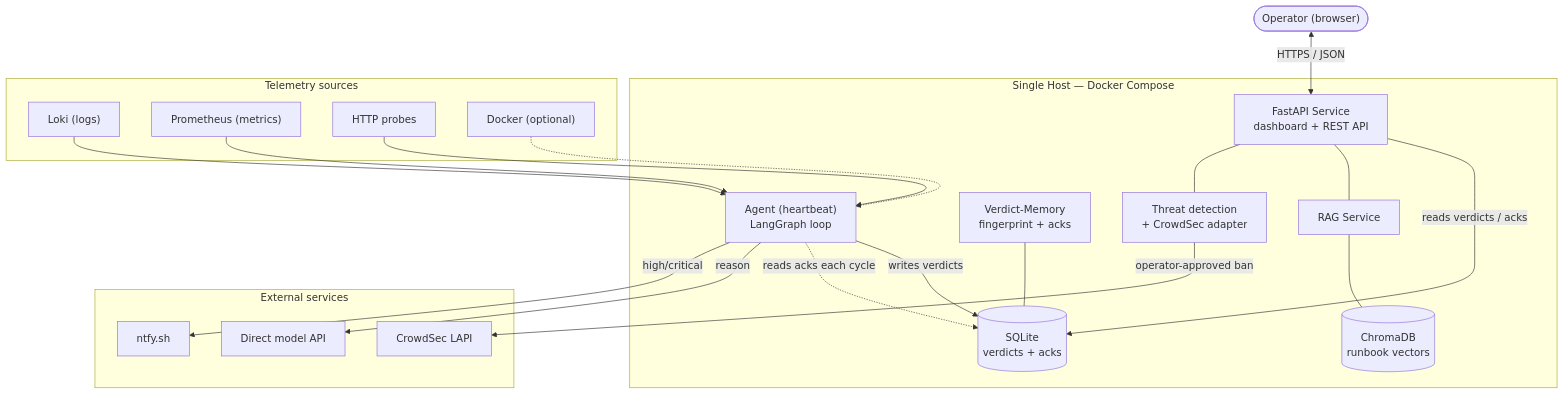
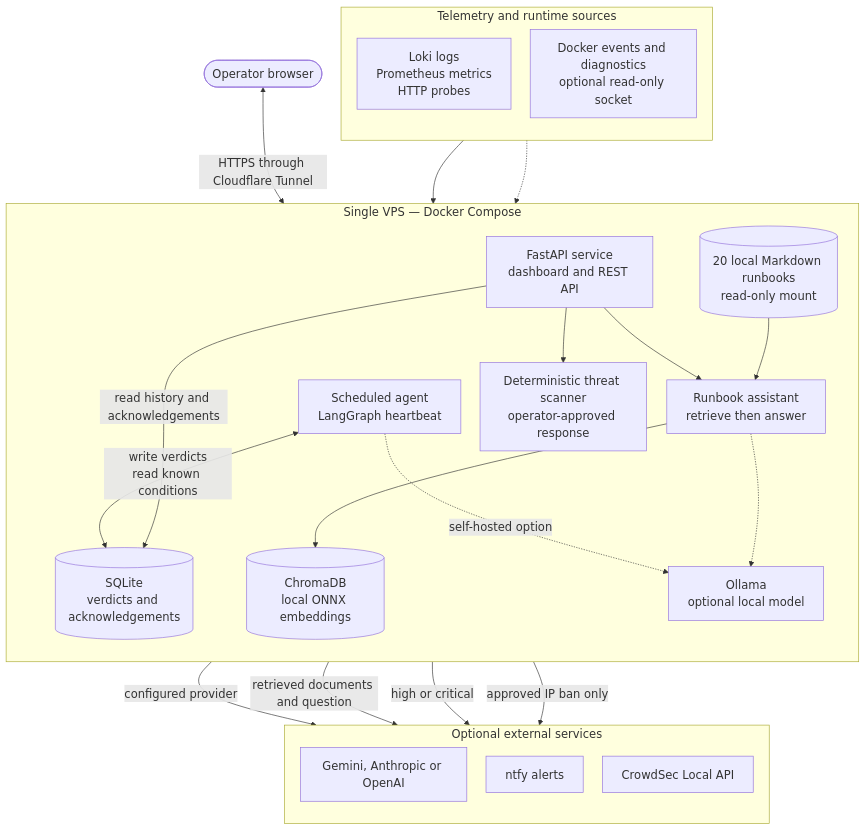
One commit to sagesta/infraguad_ai changed the diagram in docs/masters_project/figures/mermaid/fig_3_1_architecture.mmd. Above: the diagram before and after it, drawn with Mermaid. The commit also changed 171 other files, not shown here.

```diff
--- a/docs/masters_project/figures/mermaid/fig_3_1_architecture.mmd
+++ b/docs/masters_project/figures/mermaid/fig_3_1_architecture.mmd
@@ -1,40 +1,51 @@
+%%{init: {"flowchart": {"defaultRenderer": "dagre", "nodeSpacing": 30, "rankSpacing": 45}, "themeVariables": {"fontSize": "18px"}}}%%
 %% Figure 3.1 — High-Level System Architecture
-%% Appears in: Chapter 3, Section 3.3.4 (High-Level Architecture)
+%% Appears in: Chapter 3, High-Level Architecture
 %% Render to: ../fig_3_1_architecture.png
 flowchart TB
-  OP(["Operator (browser)"])
-  subgraph HOST["Single Host — Docker Compose"]
-    AGENT["Agent (heartbeat)<br/>LangGraph loop"]
-    API["FastAPI Service<br/>dashboard + REST API"]
-    MEM["Verdict-Memory<br/>fingerprint + acks"]
-    SQLITE[("SQLite<br/>verdicts + acks")]
-    RAG["RAG Service"]
-    CHROMA[("ChromaDB<br/>runbook vectors")]
-    THREAT["Threat detection<br/>+ CrowdSec adapter"]
+  OP(["Operator browser"])
+
+  subgraph HOST["Single VPS — Docker Compose"]
+    direction TB
+    API["FastAPI service<br/>dashboard and REST API"]
+    AGENT["Scheduled agent<br/>LangGraph heartbeat"]
+    STORE[("SQLite<br/>verdicts and acknowledgements")]
+    RAG["Runbook assistant<br/>retrieve then answer"]
+    BOOKS[("20 local Markdown runbooks<br/>read-only mount")]
+    VECTORS[("ChromaDB<br/>local ONNX embeddings")]
+    THREAT["Deterministic threat scanner<br/>operator-approved response"]
+    OLLAMA["Ollama<br/>optional local model"]
   end
-  subgraph TELE["Telemetry sources"]
-    LOKI["Loki (logs)"]
-    PROM["Prometheus (metrics)"]
-    PROBE["HTTP probes"]
-    DOCKER["Docker (optional)"]
+
+  subgraph TELEMETRY["Telemetry and runtime sources"]
+    direction TB
+    SIGNALS["Loki logs<br/>Prometheus metrics<br/>HTTP probes"]
+    DOCKER["Docker events and diagnostics<br/>optional read-only socket"]
   end
-  subgraph EXT["External services"]
-    MODEL["Direct model API"]
-    NTFY["ntfy.sh"]
-    CROWDSEC["CrowdSec LAPI"]
+
+  subgraph EXTERNAL["Optional external services"]
+    direction TB
+    CLOUDMODEL["Gemini, Anthropic or OpenAI"]
+    NTFY["ntfy alerts"]
+    CROWDSEC["CrowdSec Local API"]
   end
-  AGENT -->|writes verdicts| SQLITE
-  API -->|reads verdicts / acks| SQLITE
-  AGENT -.->|reads acks each cycle| SQLITE
-  MEM --- SQLITE
-  API --- RAG
-  RAG --- CHROMA
-  API --- THREAT
-  LOKI --> AGENT
-  PROM --> AGENT
-  PROBE --> AGENT
+
+  OP <-->|"HTTPS through Cloudflare Tunnel"| API
+  AGENT <-->|"write verdicts<br/>read known conditions"| STORE
+  API -->|"read history and acknowledgements"| STORE
+  API --> RAG
+  BOOKS --> RAG
+  RAG --> VECTORS
+  API --> THREAT
+  SIGNALS --> AGENT
   DOCKER -.-> AGENT
-  AGENT -->|reason| MODEL
-  AGENT -->|high/critical| NTFY
-  THREAT -->|operator-approved ban| CROWDSEC
-  OP <-->|HTTPS / JSON| API
+  AGENT -->|"configured provider"| CLOUDMODEL
+  AGENT -.->|"self-hosted option"| OLLAMA
+  RAG -->|"retrieved documents and question"| CLOUDMODEL
+  RAG -.-> OLLAMA
+  AGENT -->|"high or critical"| NTFY
+  THREAT -->|"approved IP ban only"| CROWDSEC
+
+  %% Constrain the three zones to a portrait-friendly top-to-bottom sequence.
+  SIGNALS ~~~ API
+  OLLAMA ~~~ CLOUDMODEL
```
